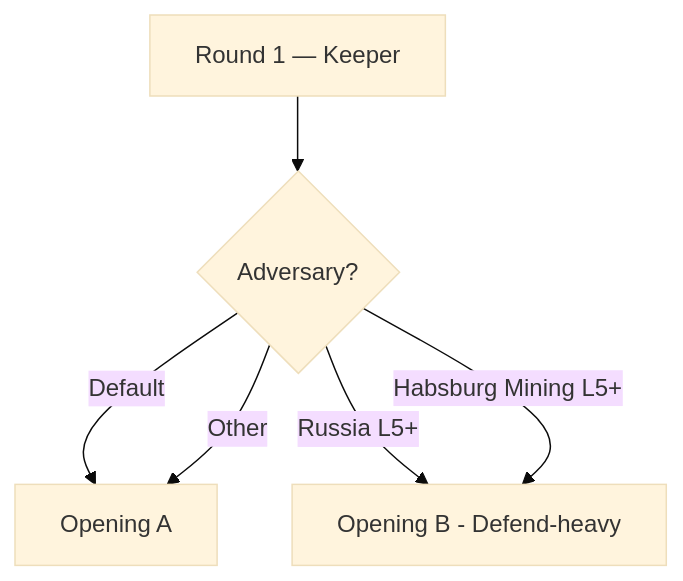
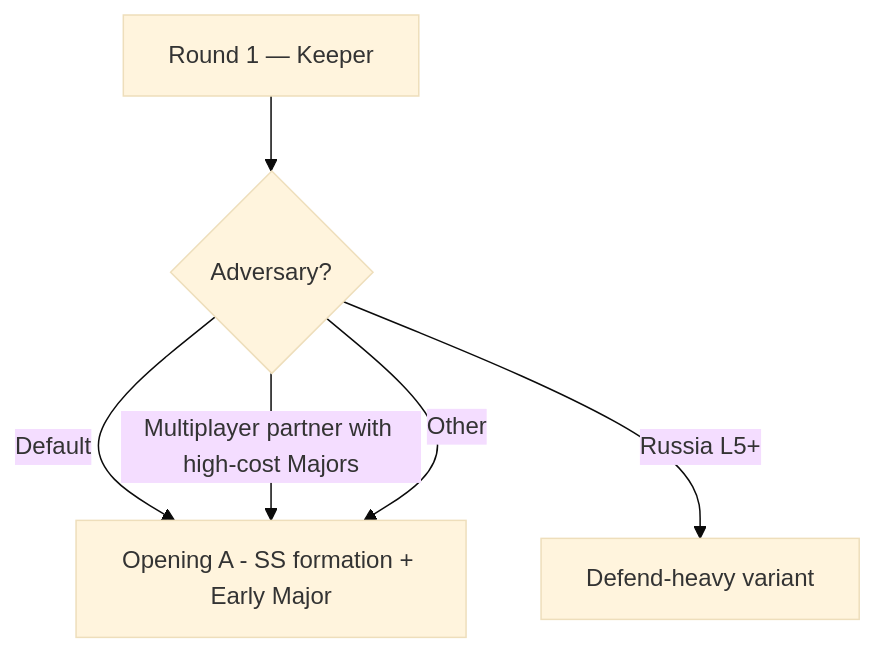
Before and after one commit to bfowle/spirit-island: the diagram in src/spirits/moderate/keeper-of-the-forbidden-wilds.md, drawn with Mermaid (base theme). The commit also changed other lines of this file and 3 other files, not shown here.

```diff
--- a/src/spirits/moderate/keeper-of-the-forbidden-wilds.md
+++ b/src/spirits/moderate/keeper-of-the-forbidden-wilds.md
@@ -115,8 +112,8 @@
 <pre class="mermaid">
 graph TD
   Start[Round 1 — Keeper] --> Adv{Adversary?}
-  Adv -->|Default| A[Opening A]
-  Adv -->|Russia L5+| B[Opening B - Defend-heavy]
-  Adv -->|Habsburg Mining L5+| B
+  Adv -->|Default| A[Opening A - SS formation + Early Major]
+  Adv -->|Russia L5+| B[Defend-heavy variant]
+  Adv -->|Multiplayer partner with high-cost Majors| A
   Adv -->|Other| A
 </pre>
```
